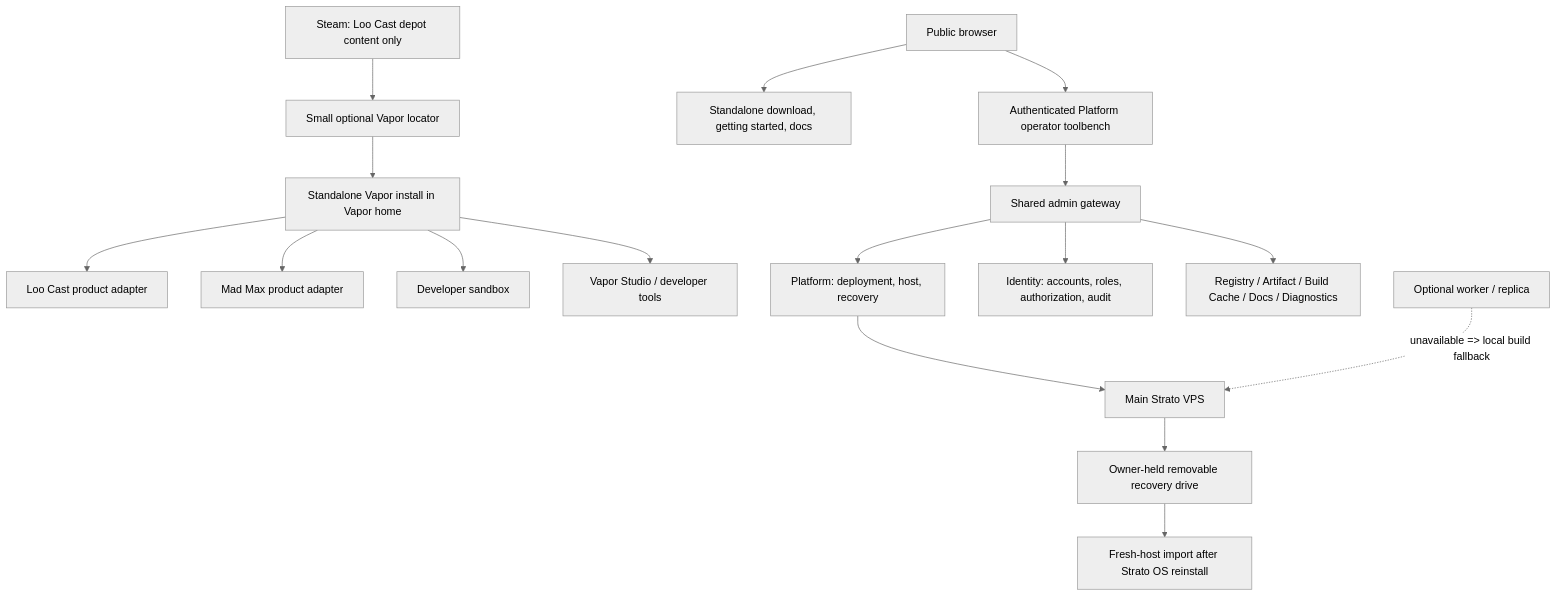
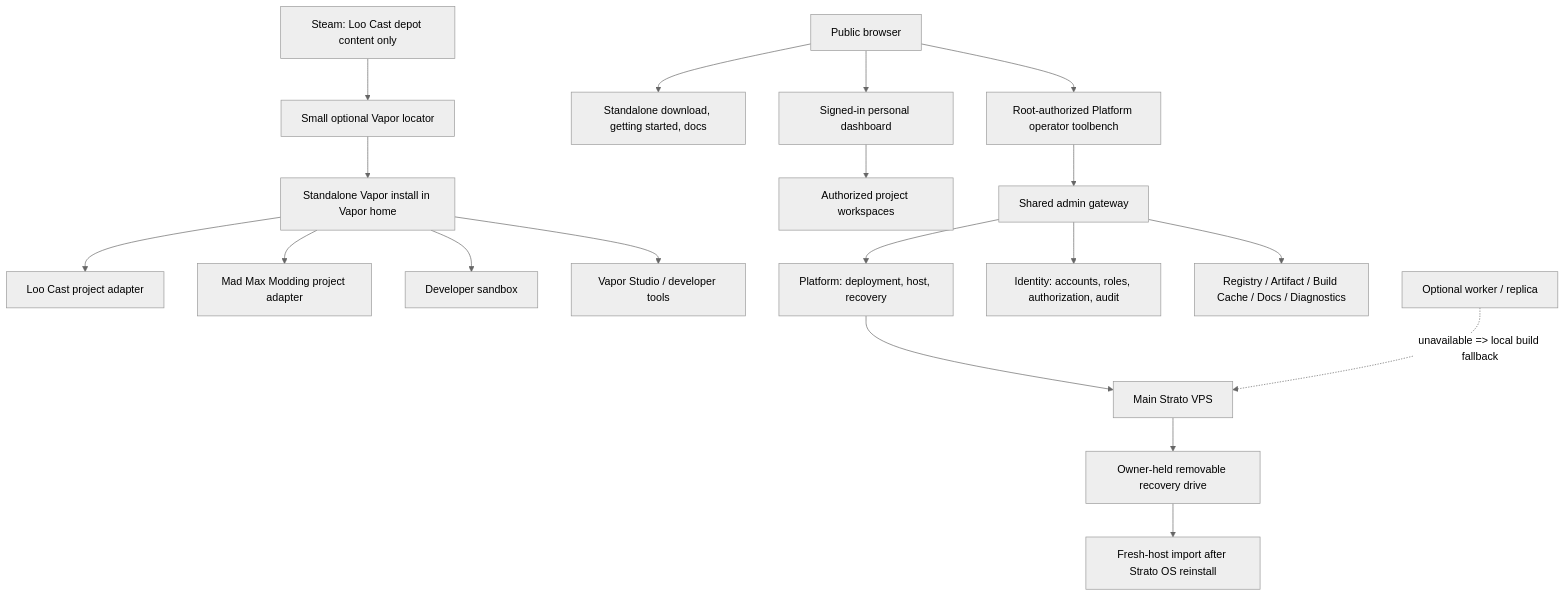
The diagram in docs/superpowers/specs/2026-11-08-vapor-platform-and-product-rebuild-charter.md (GHF-Studios/Vapor-Platform-Server), drawn with Mermaid (neutral theme) before and after one commit. The commit also changed other lines of this file and 3 other files, not shown here.

````diff
--- a/docs/superpowers/specs/2026-11-08-vapor-platform-and-product-rebuild-charter.md
+++ b/docs/superpowers/specs/2026-11-08-vapor-platform-and-product-rebuild-charter.md
@@ -15,20 +15,22 @@
 ```mermaid
 flowchart TB
   Steam[Steam: Loo Cast depot content only] --> Locator[Small optional Vapor locator]
   Locator --> Runtime[Standalone Vapor install in Vapor home]
-  Runtime --> LC[Loo Cast product adapter]
-  Runtime --> MM[Mad Max product adapter]
+  Runtime --> LC[Loo Cast project adapter]
+  Runtime --> MM[Mad Max Modding project adapter]
   Runtime --> Sandbox[Developer sandbox]
   Runtime --> Tools[Vapor Studio / developer tools]
 
   Browser[Public browser] --> Public[Standalone download, getting started, docs]
-  Browser --> Admin[Authenticated Platform operator toolbench]
+  Browser --> User[Signed-in personal dashboard]
+  User --> Project[Authorized project workspaces]
+  Browser --> Admin[Root-authorized Platform operator toolbench]
   Admin --> Gateway[Shared admin gateway]
   Gateway --> Platform[Platform: deployment, host, recovery]
   Gateway --> Identity[Identity: accounts, roles, authorization, audit]
   Gateway --> Services[Registry / Artifact / Build Cache / Docs / Diagnostics]
   Platform --> Main[Main Strato VPS]
   Worker[Optional worker / replica] -. unavailable => local build fallback .-> Main
   USB[Owner-held removable recovery drive] --> Restore[Fresh-host import after Strato OS reinstall]
   Main --> USB
 ```
````
